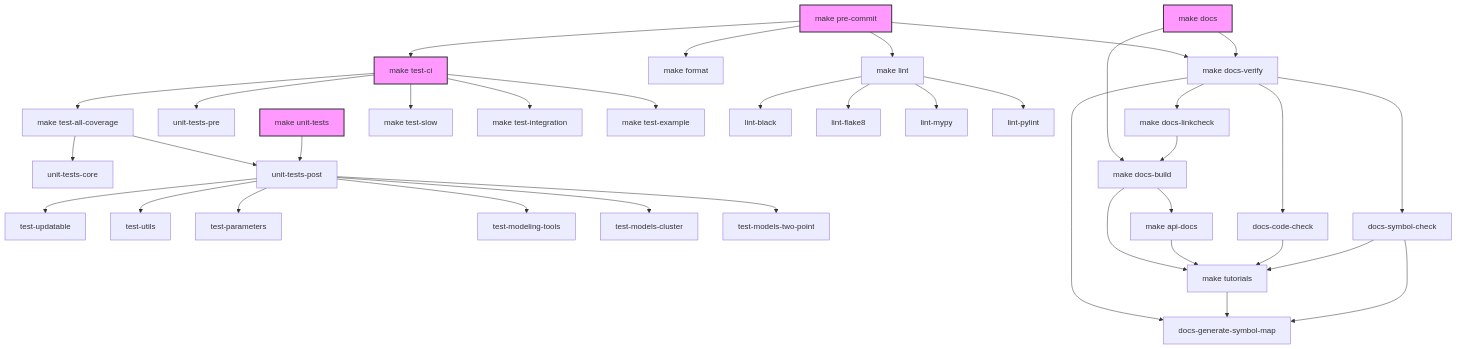
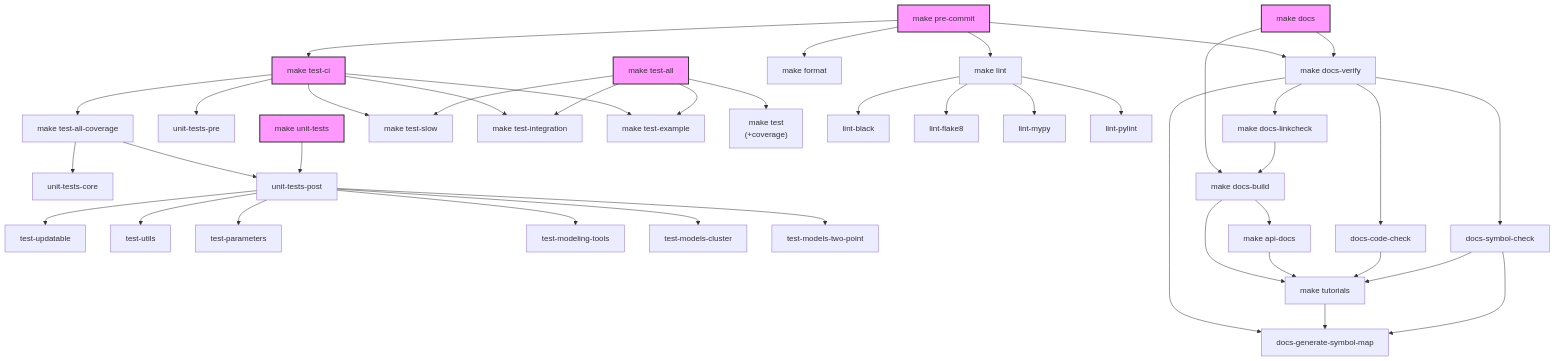
Before and after one commit to LSSTDESC/firecrown: the first of 2 diagrams in CONTRIBUTING.md, drawn with Mermaid. The commit also changed other lines of this file and 2 other files, not shown here.

First line of the commit message:
Fix test target and integration opt-in

````diff
--- a/CONTRIBUTING.md
+++ b/CONTRIBUTING.md
@@ -47,62 +47,69 @@
 ```mermaid
 graph TD
     classDef main fill:#f9f,stroke:#333,stroke-width:2px;
     
     pre-commit["make pre-commit"]:::main
     test-ci["make test-ci"]:::main
+    test-all["make test-all"]:::main
     docs["make docs"]:::main
     unit-tests["make unit-tests"]:::main
     
     %% Pre-commit dependencies
     pre-commit --> format["make format"]
     pre-commit --> lint["make lint"]
     pre-commit --> docs-verify["make docs-verify"]
     pre-commit --> test-ci
     
     %% Test-CI dependencies
     test-ci --> unit-tests-pre["unit-tests-pre"]
     test-ci --> test-all-coverage["make test-all-coverage"]
     test-ci --> test-slow["make test-slow"]
     test-ci --> test-integration["make test-integration"]
     test-ci --> test-example["make test-example"]
+    
+    %% Test-all dependencies
+    test-all --> test["make test\n(+coverage)"]
+    test-all --> test-slow
+    test-all --> test-integration
+    test-all --> test-example
     
     %% Test coverage dependencies
     test-all-coverage --> unit-tests-core["unit-tests-core"]
     test-all-coverage --> unit-tests-post["unit-tests-post"]
     
     %% Unit tests dependencies
     unit-tests --> unit-tests-post
     
     %% Unit tests post dependencies
     unit-tests-post --> test-updatable["test-updatable"]
     unit-tests-post --> test-utils["test-utils"]
     unit-tests-post --> test-parameters["test-parameters"]
     unit-tests-post --> test-modeling-tools["test-modeling-tools"]
     unit-tests-post --> test-models-cluster["test-models-cluster"]
     unit-tests-post --> test-models-two-point["test-models-two-point"]
     
     %% Lint dependencies
     lint --> lint-black["lint-black"]
     lint --> lint-flake8["lint-flake8"]
     lint --> lint-mypy["lint-mypy"]
     lint --> lint-pylint["lint-pylint"]
     
     %% Documentation dependencies
     docs --> docs-build["make docs-build"]
     docs --> docs-verify
     
     docs-build --> tutorials["make tutorials"]
     docs-build --> api-docs["make api-docs"]
     
     docs-verify --> docs-generate-symbol-map["docs-generate-symbol-map"]
     docs-verify --> docs-code-check["docs-code-check"]
     docs-verify --> docs-symbol-check["docs-symbol-check"]
     docs-verify --> docs-linkcheck["make docs-linkcheck"]
     
     tutorials --> docs-generate-symbol-map
     api-docs --> tutorials
     docs-code-check --> tutorials
     docs-symbol-check --> tutorials
     docs-symbol-check --> docs-generate-symbol-map
     docs-linkcheck --> docs-build
 ```
````
